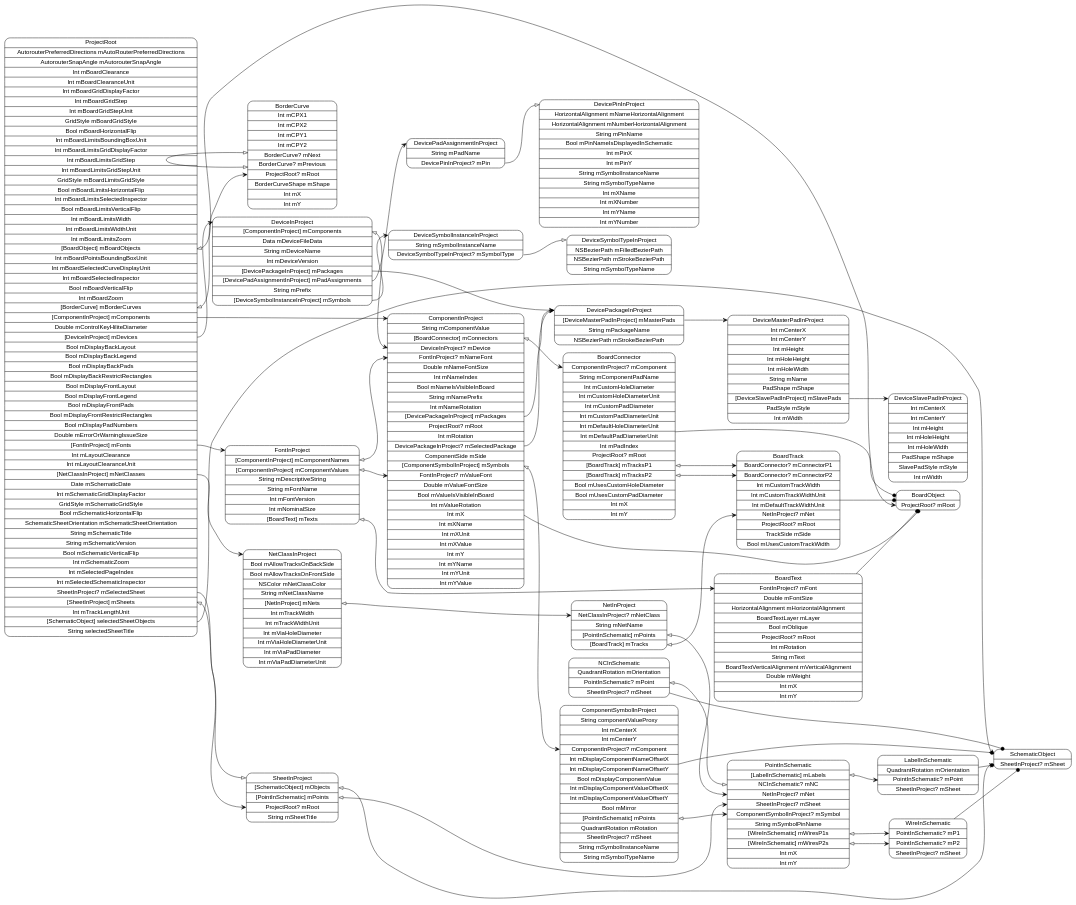
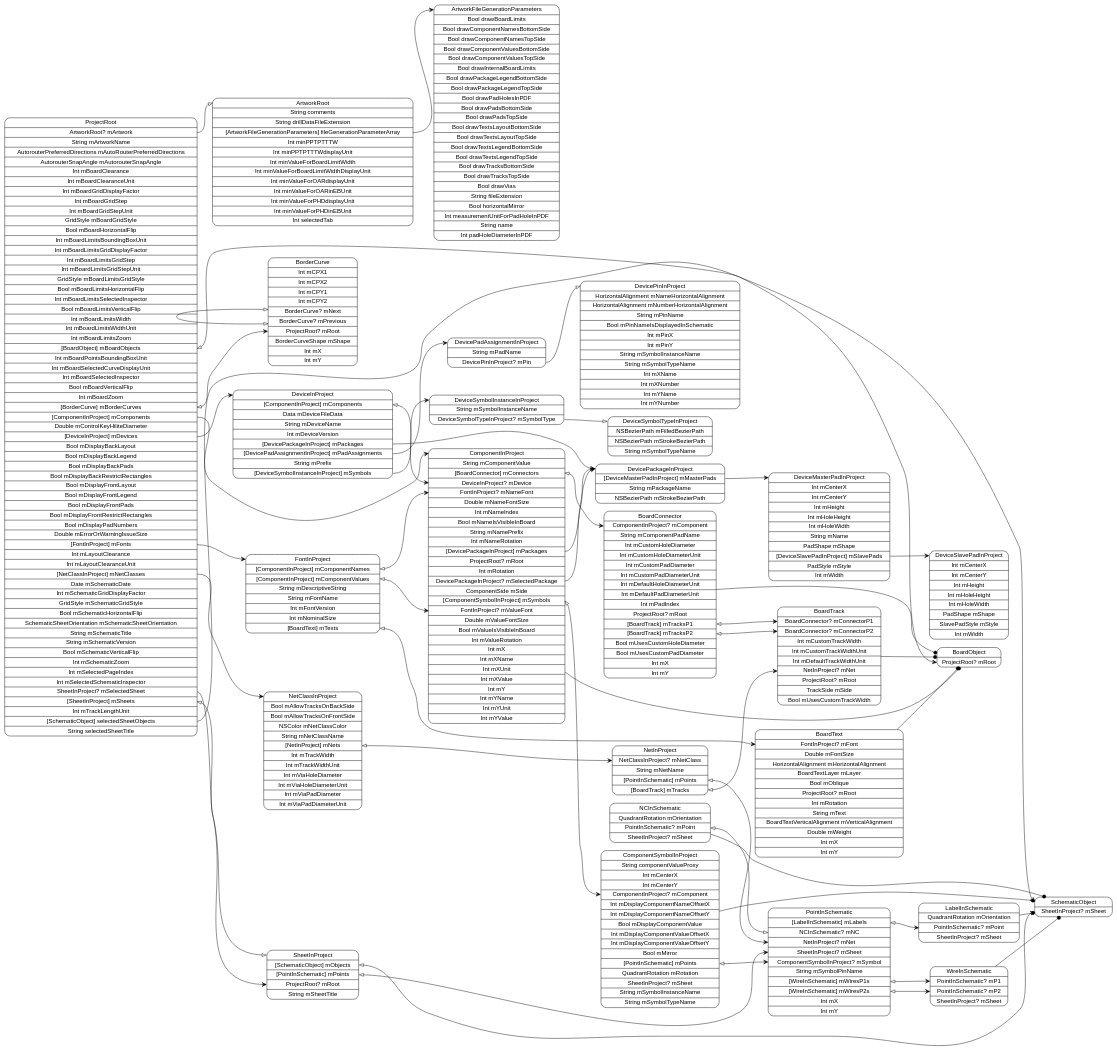
Before and after one commit to pierremolinaro/ElCanari-dev: the diagram in models/ProjectRoot.dot, drawn with Graphviz. The commit also changed 15 other files, not shown here.

Commit message:
Starting artwork in project

```diff
--- a/models/ProjectRoot.dot
+++ b/models/ProjectRoot.dot
@@ -1,7 +1,7 @@
 digraph G {
   rankdir=LR ;
   node [shape=record fontname=helvetica style=rounded] ;
-  ProjectRoot[label="<ProjectRoot>ProjectRoot|AutorouterPreferredDirections mAutoRouterPreferredDirections|AutorouterSnapAngle mAutorouterSnapAngle|Int mBoardClearance|Int mBoardClearanceUnit|Int mBoardGridDisplayFactor|Int mBoardGridStep|Int mBoardGridStepUnit|GridStyle mBoardGridStyle|Bool mBoardHorizontalFlip|Int mBoardLimitsBoundingBoxUnit|Int mBoardLimitsGridDisplayFactor|Int mBoardLimitsGridStep|Int mBoardLimitsGridStepUnit|GridStyle mBoardLimitsGridStyle|Bool mBoardLimitsHorizontalFlip|Int mBoardLimitsSelectedInspector|Bool mBoardLimitsVerticalFlip|Int mBoardLimitsWidth|Int mBoardLimitsWidthUnit|Int mBoardLimitsZoom|<mBoardObjects>[BoardObject] mBoardObjects|Int mBoardPointsBoundingBoxUnit|Int mBoardSelectedCurveDisplayUnit|Int mBoardSelectedInspector|Bool mBoardVerticalFlip|Int mBoardZoom|<mBorderCurves>[BorderCurve] mBorderCurves|<mComponents>[ComponentInProject] mComponents|Double mControlKeyHiliteDiameter|<mDevices>[DeviceInProject] mDevices|Bool mDisplayBackLayout|Bool mDisplayBackLegend|Bool mDisplayBackPads|Bool mDisplayBackRestrictRectangles|Bool mDisplayFrontLayout|Bool mDisplayFrontLegend|Bool mDisplayFrontPads|Bool mDisplayFrontRestrictRectangles|Bool mDisplayPadNumbers|Double mErrorOrWarningIssueSize|<mFonts>[FontInProject] mFonts|Int mLayoutClearance|Int mLayoutClearanceUnit|<mNetClasses>[NetClassInProject] mNetClasses|Date mSchematicDate|Int mSchematicGridDisplayFactor|GridStyle mSchematicGridStyle|Bool mSchematicHorizontalFlip|SchematicSheetOrientation mSchematicSheetOrientation|String mSchematicTitle|String mSchematicVersion|Bool mSchematicVerticalFlip|Int mSchematicZoom|Int mSelectedPageIndex|Int mSelectedSchematicInspector|<mSelectedSheet>SheetInProject? mSelectedSheet|<mSheets>[SheetInProject] mSheets|Int mTrackLengthUnit|<selectedSheetObjects>[SchematicObject] selectedSheetObjects|String selectedSheetTitle"] ;
+  ProjectRoot[label="<ProjectRoot>ProjectRoot|<mArtwork>ArtworkRoot? mArtwork|String mArtworkName|AutorouterPreferredDirections mAutoRouterPreferredDirections|AutorouterSnapAngle mAutorouterSnapAngle|Int mBoardClearance|Int mBoardClearanceUnit|Int mBoardGridDisplayFactor|Int mBoardGridStep|Int mBoardGridStepUnit|GridStyle mBoardGridStyle|Bool mBoardHorizontalFlip|Int mBoardLimitsBoundingBoxUnit|Int mBoardLimitsGridDisplayFactor|Int mBoardLimitsGridStep|Int mBoardLimitsGridStepUnit|GridStyle mBoardLimitsGridStyle|Bool mBoardLimitsHorizontalFlip|Int mBoardLimitsSelectedInspector|Bool mBoardLimitsVerticalFlip|Int mBoardLimitsWidth|Int mBoardLimitsWidthUnit|Int mBoardLimitsZoom|<mBoardObjects>[BoardObject] mBoardObjects|Int mBoardPointsBoundingBoxUnit|Int mBoardSelectedCurveDisplayUnit|Int mBoardSelectedInspector|Bool mBoardVerticalFlip|Int mBoardZoom|<mBorderCurves>[BorderCurve] mBorderCurves|<mComponents>[ComponentInProject] mComponents|Double mControlKeyHiliteDiameter|<mDevices>[DeviceInProject] mDevices|Bool mDisplayBackLayout|Bool mDisplayBackLegend|Bool mDisplayBackPads|Bool mDisplayBackRestrictRectangles|Bool mDisplayFrontLayout|Bool mDisplayFrontLegend|Bool mDisplayFrontPads|Bool mDisplayFrontRestrictRectangles|Bool mDisplayPadNumbers|Double mErrorOrWarningIssueSize|<mFonts>[FontInProject] mFonts|Int mLayoutClearance|Int mLayoutClearanceUnit|<mNetClasses>[NetClassInProject] mNetClasses|Date mSchematicDate|Int mSchematicGridDisplayFactor|GridStyle mSchematicGridStyle|Bool mSchematicHorizontalFlip|SchematicSheetOrientation mSchematicSheetOrientation|String mSchematicTitle|String mSchematicVersion|Bool mSchematicVerticalFlip|Int mSchematicZoom|Int mSelectedPageIndex|Int mSelectedSchematicInspector|<mSelectedSheet>SheetInProject? mSelectedSheet|<mSheets>[SheetInProject] mSheets|Int mTrackLengthUnit|<selectedSheetObjects>[SchematicObject] selectedSheetObjects|String selectedSheetTitle"] ;
   SchematicObject[label="<SchematicObject>SchematicObject|<mSheet>SheetInProject? mSheet"] ;
   SheetInProject[label="<SheetInProject>SheetInProject|<mObjects>[SchematicObject] mObjects|<mPoints>[PointInSchematic] mPoints|<mRoot>ProjectRoot? mRoot|String mSheetTitle"] ;
   PointInSchematic[label="<PointInSchematic>PointInSchematic|<mLabels>[LabelInSchematic] mLabels|<mNC>NCInSchematic? mNC|<mNet>NetInProject? mNet|<mSheet>SheetInProject? mSheet|<mSymbol>ComponentSymbolInProject? mSymbol|String mSymbolPinName|<mWiresP1s>[WireInSchematic] mWiresP1s|<mWiresP2s>[WireInSchematic] mWiresP2s|Int mX|Int mY"] ;
@@ -26,6 +26,9 @@
   BoardConnector[label="<BoardConnector>BoardConnector|<mComponent>ComponentInProject? mComponent|String mComponentPadName|Int mCustomHoleDiameter|Int mCustomHoleDiameterUnit|Int mCustomPadDiameter|Int mCustomPadDiameterUnit|Int mDefaultHoleDiameterUnit|Int mDefaultPadDiameterUnit|Int mPadIndex|<mRoot>ProjectRoot? mRoot|<mTracksP1>[BoardTrack] mTracksP1|<mTracksP2>[BoardTrack] mTracksP2|Bool mUsesCustomHoleDiameter|Bool mUsesCustomPadDiameter|Int mX|Int mY"] ;
   BorderCurve[label="<BorderCurve>BorderCurve|Int mCPX1|Int mCPX2|Int mCPY1|Int mCPY2|<mNext>BorderCurve? mNext|<mPrevious>BorderCurve? mPrevious|<mRoot>ProjectRoot? mRoot|BorderCurveShape mShape|Int mX|Int mY"] ;
   BoardObject[label="<BoardObject>BoardObject|<mRoot>ProjectRoot? mRoot"] ;
+  ArtworkRoot[label="<ArtworkRoot>ArtworkRoot|String comments|String drillDataFileExtension|<fileGenerationParameterArray>[ArtworkFileGenerationParameters] fileGenerationParameterArray|Int minPPTPTTTW|Int minPPTPTTTWdisplayUnit|Int minValueForBoardLimitWidth|Int minValueForBoardLimitWidthDisplayUnit|Int minValueForOARdisplayUnit|Int minValueForOARinEBUnit|Int minValueForPHDdisplayUnit|Int minValueForPHDinEBUnit|Int selectedTab"] ;
+  ArtworkFileGenerationParameters[label="<ArtworkFileGenerationParameters>ArtworkFileGenerationParameters|Bool drawBoardLimits|Bool drawComponentNamesBottomSide|Bool drawComponentNamesTopSide|Bool drawComponentValuesBottomSide|Bool drawComponentValuesTopSide|Bool drawInternalBoardLimits|Bool drawPackageLegendBottomSide|Bool drawPackageLegendTopSide|Bool drawPadHolesInPDF|Bool drawPadsBottomSide|Bool drawPadsTopSide|Bool drawTextsLayoutBottomSide|Bool drawTextsLayoutTopSide|Bool drawTextsLegendBottomSide|Bool drawTextsLegendTopSide|Bool drawTracksBottomSide|Bool drawTracksTopSide|Bool drawVias|String fileExtension|Bool horizontalMirror|Int measurementUnitForPadHoleInPDF|String name|Int padHoleDiameterInPDF"] ;
+  ProjectRoot:mArtwork -> ArtworkRoot:ArtworkRoot [dir=both arrowtail=none arrowhead=onormal] ;
   ProjectRoot:mBoardObjects -> BoardObject:mRoot [dir=both arrowtail=onormal arrowhead=vee] ;
   ProjectRoot:mBorderCurves -> BorderCurve:mRoot [dir=both arrowtail=onormal arrowhead=vee] ;
   ProjectRoot:mComponents -> ComponentInProject:ComponentInProject [dir=both arrowtail=none arrowhead=vee] ;
@@ -71,4 +74,5 @@
   BoardConnector:mTracksP1 -> BoardTrack:mConnectorP1 [dir=both arrowtail=onormal arrowhead=vee] ;
   BoardConnector:mTracksP2 -> BoardTrack:mConnectorP2 [dir=both arrowtail=onormal arrowhead=vee] ;
   BorderCurve:mPrevious -> BorderCurve:mNext [dir=both arrowtail=onormal arrowhead=onormal] ;
+  ArtworkRoot:fileGenerationParameterArray -> ArtworkFileGenerationParameters:ArtworkFileGenerationParameters [dir=both arrowtail=none arrowhead=vee] ;
 }
```
